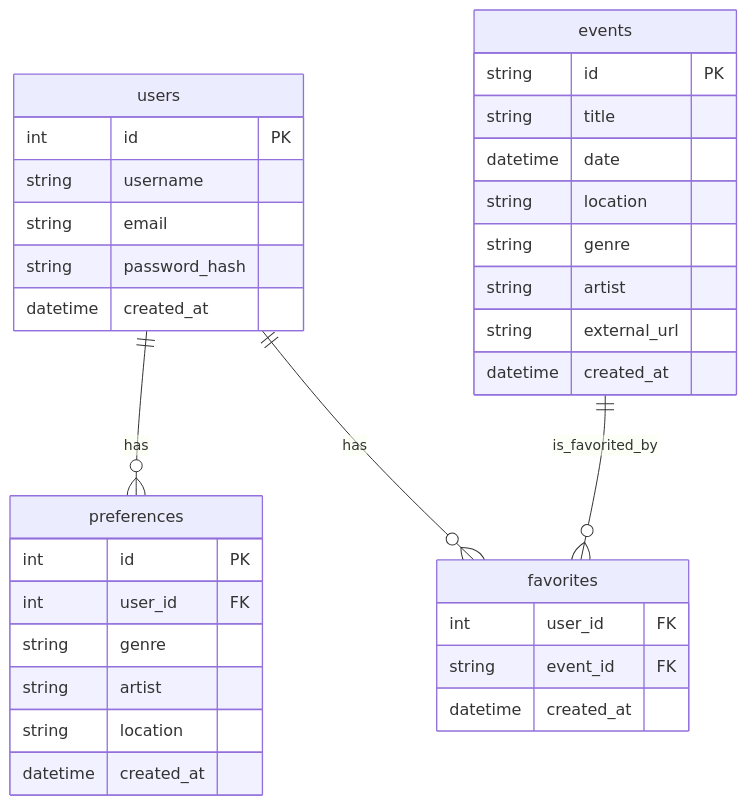
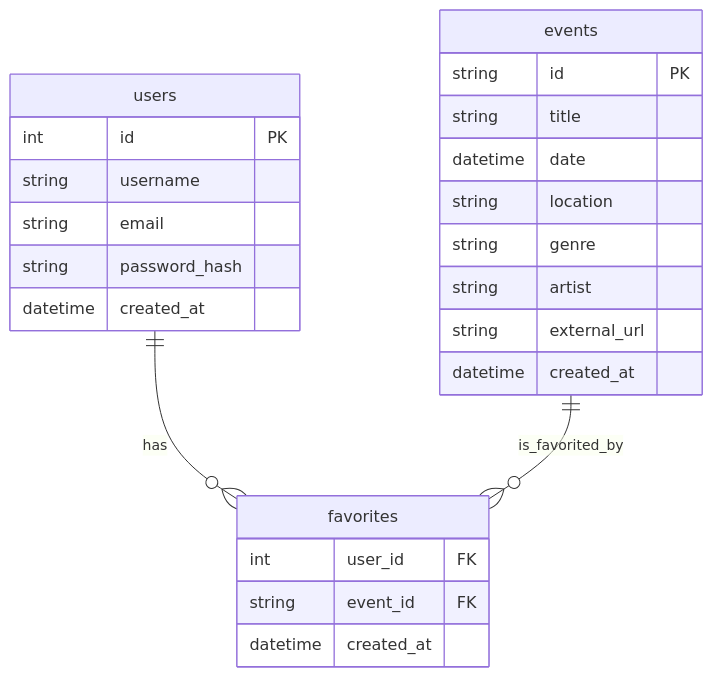
Before and after one commit to lauradubach/Semesterarbeit3: the diagram in Sites/Teil 3 Realisierung.md, drawn with Mermaid. The commit also changed other lines of this file and 5 other files, not shown here.

````diff
--- a/Sites/Teil 3 Realisierung.md
+++ b/Sites/Teil 3 Realisierung.md
@@ -28,40 +28,29 @@
 ```mermaid
 erDiagram
-    users ||--o{ preferences : has
     users ||--o{ favorites : has
     events ||--o{ favorites : is_favorited_by
 
     users {
         int id PK
         string username
         string email
         string password_hash
         datetime created_at
     }
-
-    preferences {
-        int id PK
-        int user_id FK
-        string genre
-        string artist
-        string location
-        datetime created_at
-    }
-
     events {
         string id PK
         string title
         datetime date
         string location
         string genre
         string artist
         string external_url
         datetime created_at
     }
 
     favorites {
         int user_id FK
         string event_id FK
         datetime created_at
     }
 ```
````
